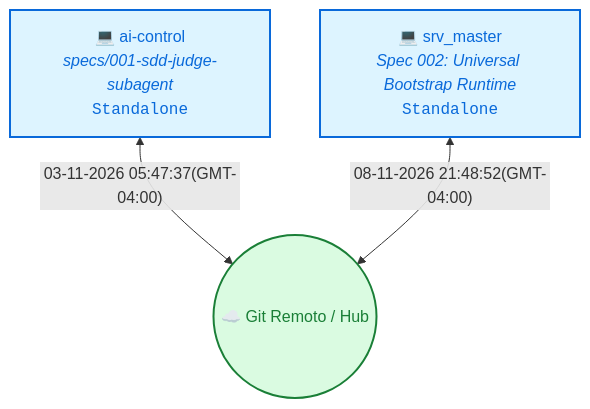
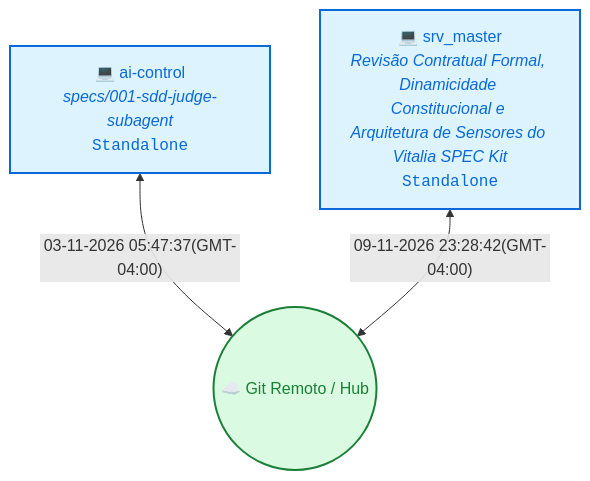
The diagram in README.md (andreticba/vitalia-spec-kit-context), drawn with Mermaid before and after one commit. The commit also changed other lines of this file and 11 other files, not shown here.

````diff
--- a/README.md
+++ b/README.md
@@ -20,11 +20,11 @@
 ```mermaid
 flowchart TD
   Cloud(("☁️ Git Remoto / Hub"))
   M_17a6f667["💻 ai-control<br/><i>specs/001-sdd-judge-subagent</i><br/><code>Standalone</code>"]
   M_17a6f667 <-->|"03-11-2026 05:47:37(GMT-04:00)"| Cloud
   style M_17a6f667 stroke:#0969da,stroke-width:2px,fill:#ddf4ff,color:#0969da
-  M_eb10269b["💻 srv_master<br/><i>Spec 002: Universal Bootstrap Runtime</i><br/><code>Standalone</code>"]
-  M_eb10269b <-->|"08-11-2026 21:48:52(GMT-04:00)"| Cloud
+  M_eb10269b["💻 srv_master<br/><i>Revisão Contratual Formal, Dinamicidade Constitucional e Arquitetura de Sensores do Vitalia SPEC Kit</i><br/><code>Standalone</code>"]
+  M_eb10269b <-->|"09-11-2026 23:28:42(GMT-04:00)"| Cloud
   style M_eb10269b stroke:#0969da,stroke-width:2px,fill:#ddf4ff,color:#0969da
   style Cloud stroke:#1a7f37,stroke-width:2px,fill:#dafbe1,color:#1a7f37
 ```
````
